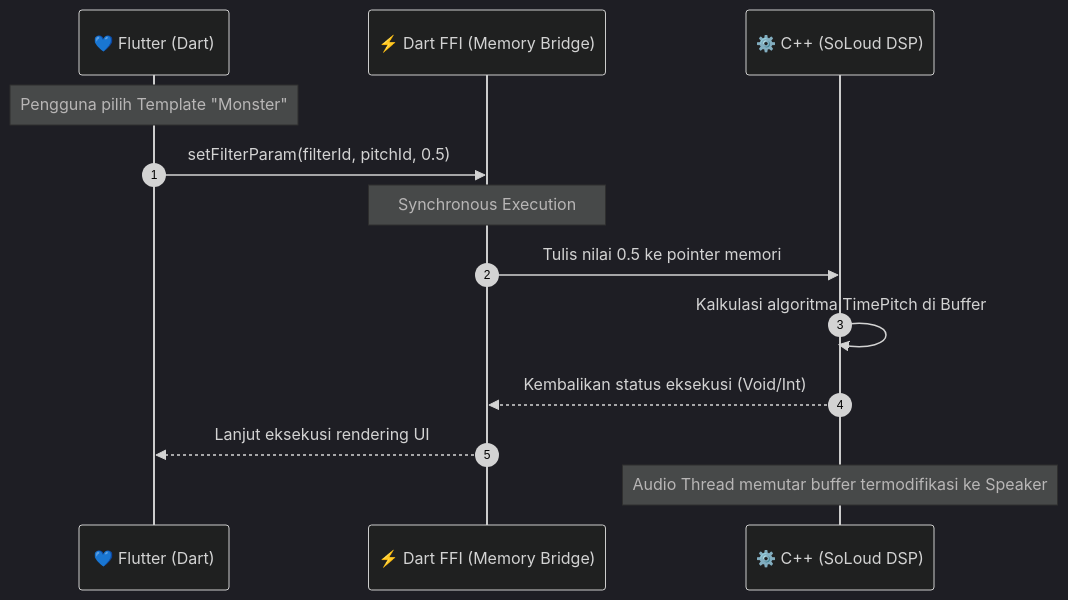
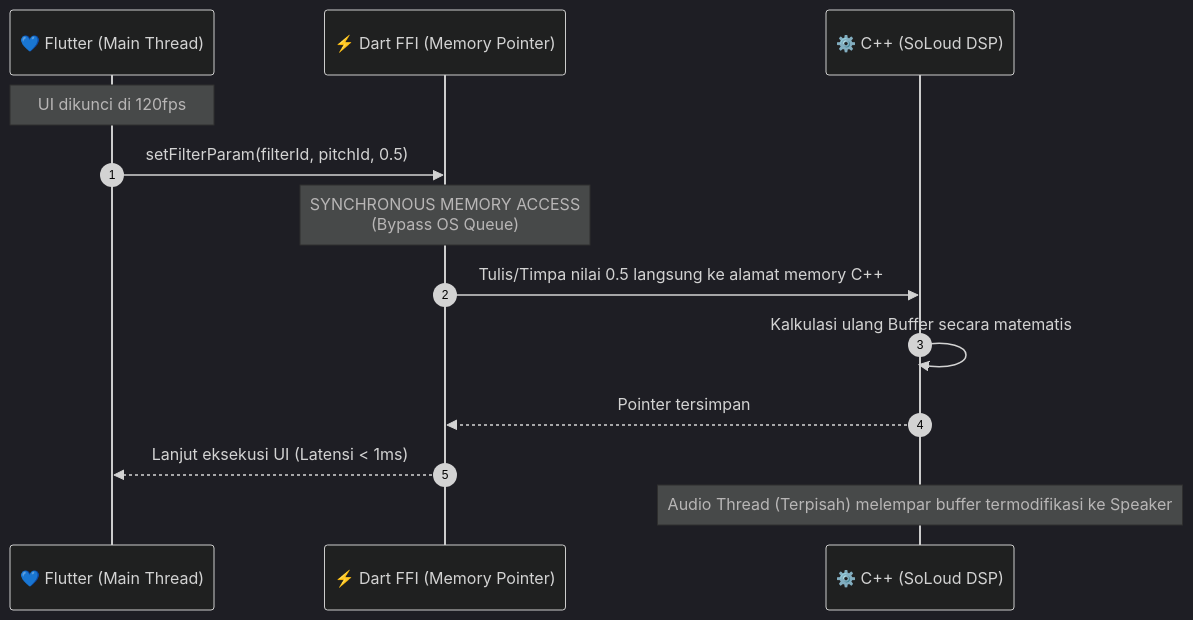
One commit to nunutech40/VoiceChanger changed the second of 2 diagrams in TRD.md. Above: the diagram before and after it, drawn with Mermaid (dark theme). The commit also changed other lines of this file and 1 other file, not shown here.

Commit message:
docs: Inject Tech-Flexing architecture, Isolate visualizer, and DMA concepts into TRD & README

````diff
--- a/TRD.md
+++ b/TRD.md
@@ -62,18 +63,18 @@
 ```mermaid
 sequenceDiagram
     autonumber
-    participant UI as 💙 Flutter (Dart)
-    participant FFI as ⚡ Dart FFI (Memory Bridge)
+    participant UI as 💙 Flutter (Main Thread)
+    participant FFI as ⚡ Dart FFI (Memory Pointer)
     participant CPP as ⚙️ C++ (SoLoud DSP)
 
-    Note over UI: Pengguna pilih Template "Monster"
+    Note over UI: UI dikunci di 120fps
     UI->>FFI: setFilterParam(filterId, pitchId, 0.5)
     
-    Note over FFI: Synchronous Execution
-    FFI->>CPP: Tulis nilai 0.5 ke pointer memori
-    CPP->>CPP: Kalkulasi algoritma TimePitch di Buffer
-    CPP-->>FFI: Kembalikan status eksekusi (Void/Int)
+    Note over FFI: SYNCHRONOUS MEMORY ACCESS <br> (Bypass OS Queue)
+    FFI->>CPP: Tulis/Timpa nilai 0.5 langsung ke alamat memory C++
+    CPP->>CPP: Kalkulasi ulang Buffer secara matematis
+    CPP-->>FFI: Pointer tersimpan
     
-    FFI-->>UI: Lanjut eksekusi rendering UI
-    Note over CPP: Audio Thread memutar buffer termodifikasi ke Speaker
+    FFI-->>UI: Lanjut eksekusi UI (Latensi < 1ms)
+    Note over CPP: Audio Thread (Terpisah) melempar buffer termodifikasi ke Speaker
 ```
````
